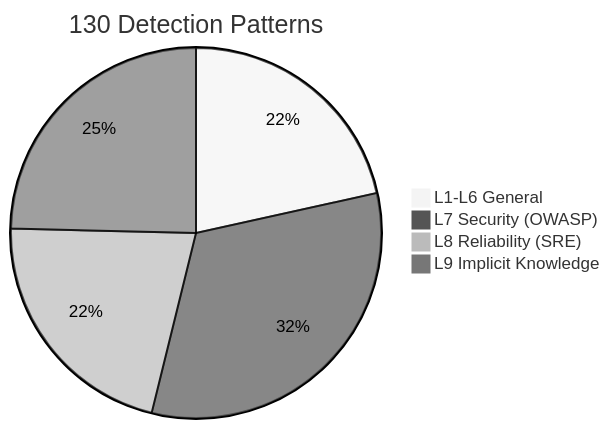
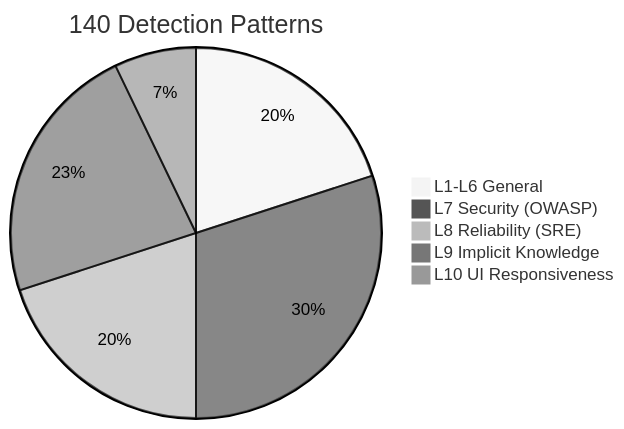
One commit to ohyesiamy/web-anomaly-detector changed diagram 17 of 18 in README.md. Above: the diagram before and after it, drawn with Mermaid (neutral theme). The commit also changed other lines of this file and 10 other files, not shown here.

First line of the commit message:
feat: v3.4.0 — L10 UI Responsiveness + Detection Tier 分類 + UI/UX 記号論分析

````diff
--- a/README.md
+++ b/README.md
@@ -890,7 +930,8 @@
 ```mermaid
-pie title 130 Detection Patterns
+pie title 140 Detection Patterns
     "L1-L6 General" : 28
     "L7 Security (OWASP)" : 42
     "L8 Reliability (SRE)" : 28
     "L9 Implicit Knowledge" : 32
+    "L10 UI Responsiveness" : 10
 ```
````
